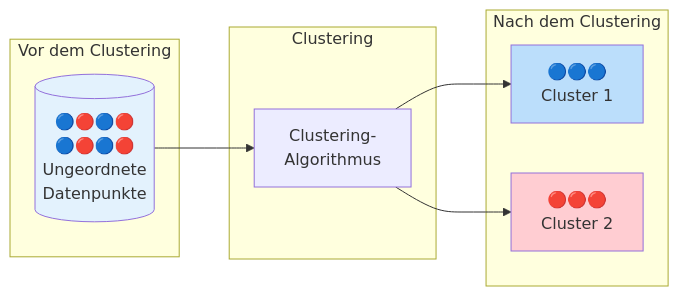
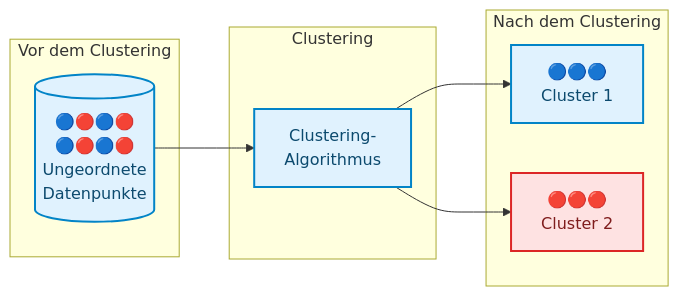
Before and after one commit to ralf-42/ML_Intro: the tenth of 14 diagrams in docs/concepts/grundlagen/machine_learning_grundlagen.md, drawn with Mermaid. The commit also changed other lines of this file and 67 other files, not shown here.

````diff
--- a/docs/concepts/grundlagen/machine_learning_grundlagen.md
+++ b/docs/concepts/grundlagen/machine_learning_grundlagen.md
@@ -383,23 +389,23 @@
 ```mermaid
 flowchart LR
     subgraph before["Vor dem Clustering"]
         D1[("🔵🔴🔵🔴<br/>🔵🔴🔵🔴<br/>Ungeordnete<br/>Datenpunkte")]
     end
     
     subgraph process["Clustering"]
         ALG["Clustering-<br/>Algorithmus"]
     end
     
     subgraph after["Nach dem Clustering"]
         C1["🔵🔵🔵<br/>Cluster 1"]
         C2["🔴🔴🔴<br/>Cluster 2"]
     end
     
     D1 --> ALG
     ALG --> C1
     ALG --> C2
-    
-    style D1 fill:#e3f2fd
-    style C1 fill:#bbdefb
-    style C2 fill:#ffcdd2
+
+    classDef default fill:#e0f2fe,stroke:#0284c7,stroke-width:2px,color:#0c4a6e;
+    classDef stop fill:#fee2e2,stroke:#dc2626,stroke-width:2px,color:#7f1d1d;
+    class C2 stop;
 ```
````
